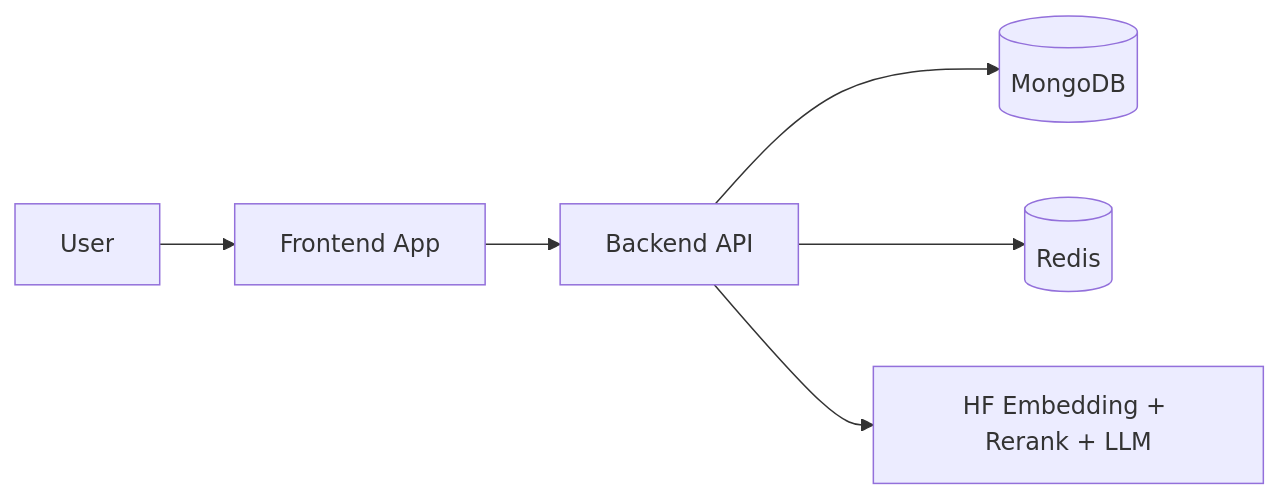
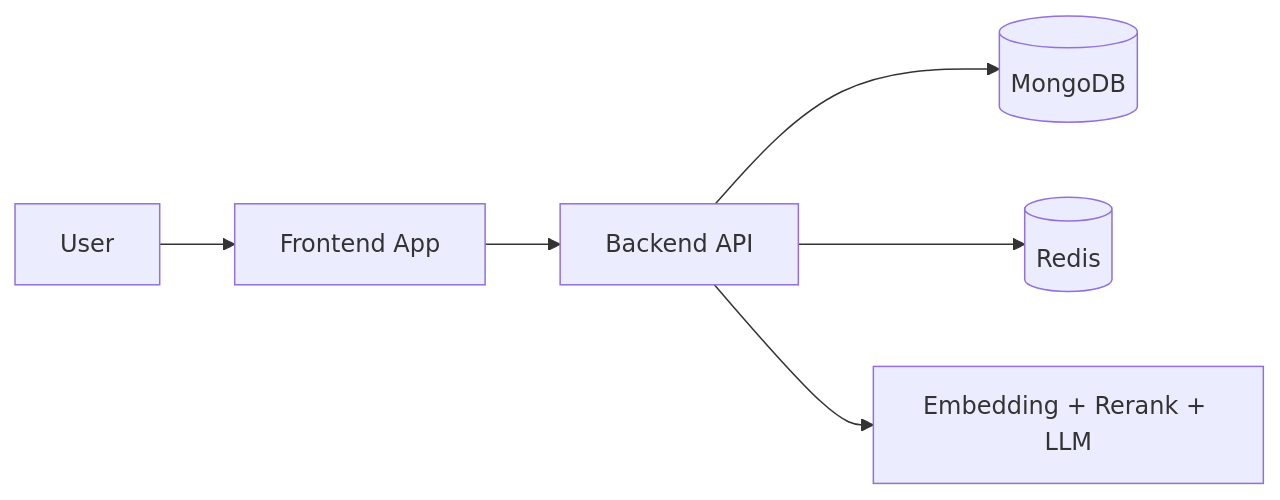
One commit to kahan-hirani/Synapse_frontend_backend changed the diagram in README.md. Above: the diagram before and after it, drawn with Mermaid. The commit also changed other lines of this file, not shown here.

````diff
--- a/README.md
+++ b/README.md
@@ -43,8 +37,8 @@
 ```mermaid
 flowchart LR
   U[User] --> F[Frontend App]
   F --> B[Backend API]
   B --> M[(MongoDB)]
   B --> R[(Redis)]
-  B --> H[HF Embedding + Rerank + LLM]
+  B --> H[Embedding + Rerank + LLM]
 ```
````
